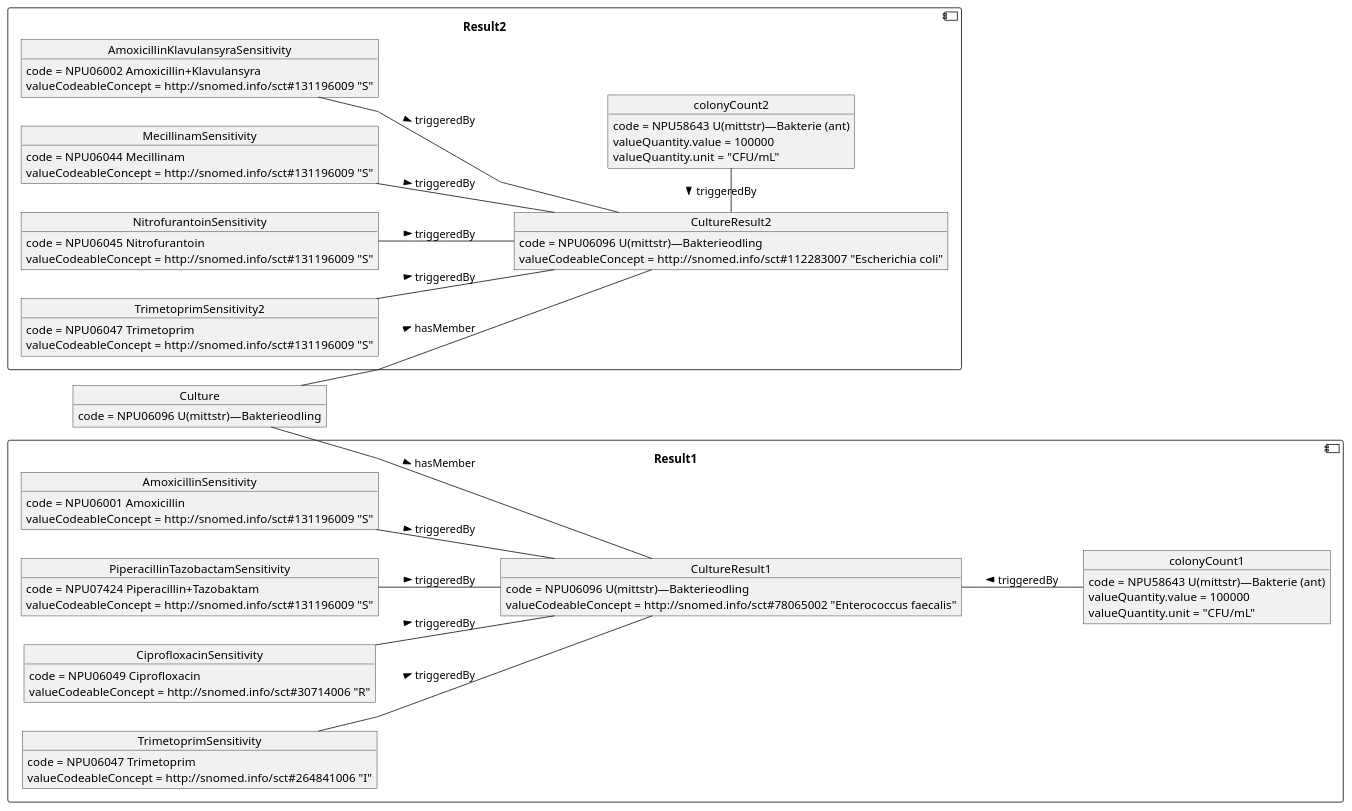
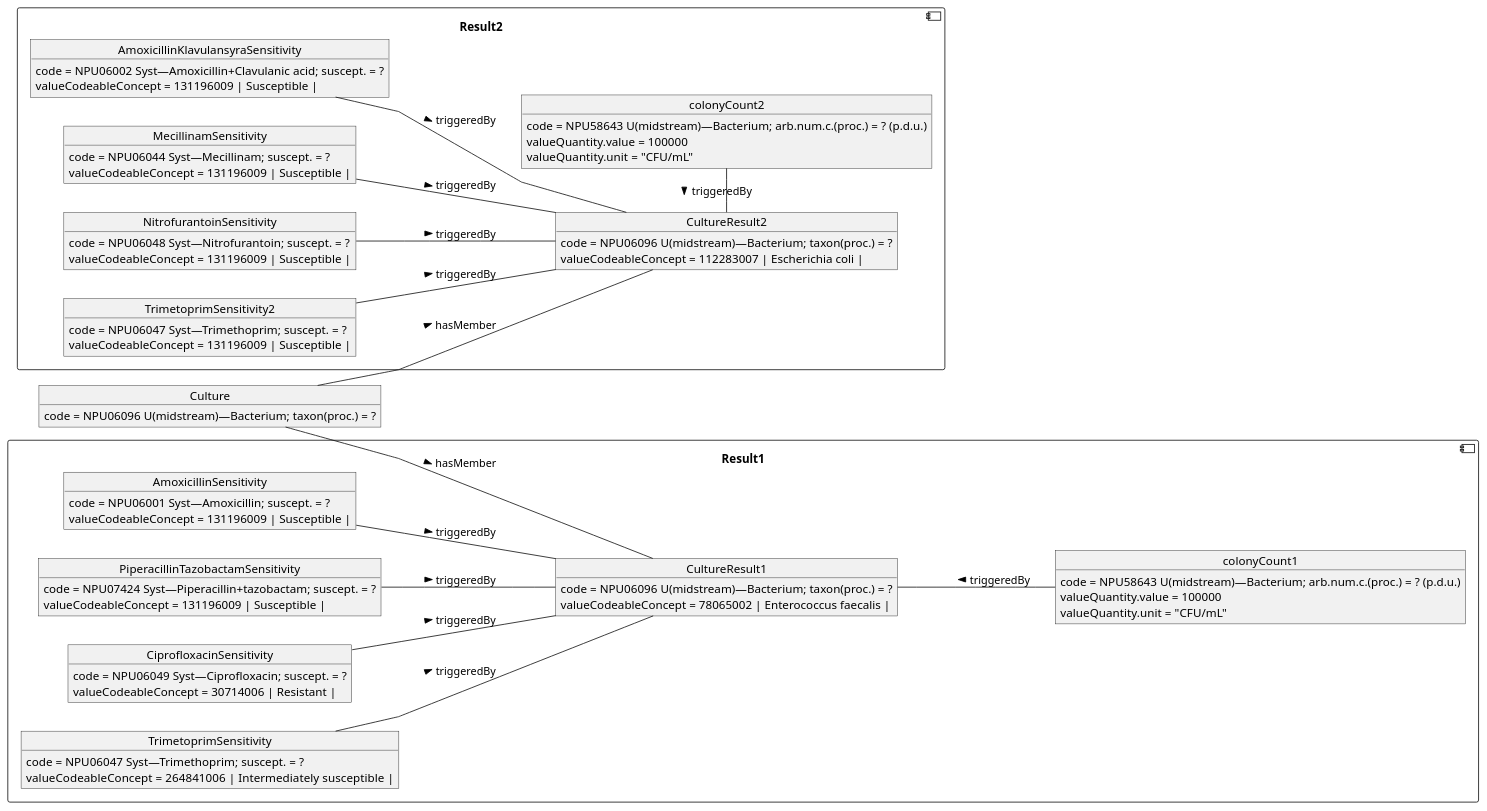
One commit to danka74/hl7-eu-microbiology-experiment changed the diagram in input/images-source/bundle.plantuml. Above: the diagram before and after it, drawn with PlantUML.

Commit message:
updated display names

```diff
--- a/input/images-source/bundle.plantuml
+++ b/input/images-source/bundle.plantuml
@@ -1,102 +1,102 @@
 @startuml
 skinparam linetype polyline
 hide circle
 hide stereotype
 hide methods
 left to right direction
 
 
 
 component Result1 {
 
 object CultureResult1 {
-    code = NPU06096 U(mittstr)—Bakterieodling
-    valueCodeableConcept = http://snomed.info/sct#78065002 "Enterococcus faecalis"
+    code = NPU06096 U(midstream)—Bacterium; taxon(proc.) = ?
+    valueCodeableConcept = 78065002 | Enterococcus faecalis |
 }
 
 object colonyCount1 {
-    code = NPU58643 U(mittstr)—Bakterie (ant)
+    code = NPU58643 U(midstream)—Bacterium; arb.num.c.(proc.) = ? (p.d.u.)
     valueQuantity.value = 100000
     valueQuantity.unit = "CFU/mL"
 }
 CultureResult1 -- colonyCount1 : triggeredBy <
 
 object AmoxicillinSensitivity {
-    code = NPU06001 Amoxicillin
-    valueCodeableConcept = http://snomed.info/sct#131196009 "S"
+    code = NPU06001 Syst—Amoxicillin; suscept. = ?
+    valueCodeableConcept = 131196009 | Susceptible |
 }
 
 AmoxicillinSensitivity -- CultureResult1 : triggeredBy >
 
 object PiperacillinTazobactamSensitivity {
-    code = NPU07424 Piperacillin+Tazobaktam
-    valueCodeableConcept = http://snomed.info/sct#131196009 "S"
+    code = NPU07424 Syst—Piperacillin+tazobactam; suscept. = ?
+    valueCodeableConcept = 131196009 | Susceptible |
 }
 
 PiperacillinTazobactamSensitivity -- CultureResult1 : triggeredBy >
 
 object CiprofloxacinSensitivity {
-    code = NPU06049 Ciprofloxacin
-    valueCodeableConcept = http://snomed.info/sct#30714006 "R"
+    code = NPU06049 Syst—Ciprofloxacin; suscept. = ?
+    valueCodeableConcept = 30714006 | Resistant |
 }
 
 CiprofloxacinSensitivity -- CultureResult1 : triggeredBy >
 
 object TrimetoprimSensitivity {
-    code = NPU06047 Trimetoprim
-    valueCodeableConcept = http://snomed.info/sct#264841006 "I"
+    code = NPU06047 Syst—Trimethoprim; suscept. = ?
+    valueCodeableConcept = 264841006 |  Intermediately susceptible |
 }
 
 TrimetoprimSensitivity -- CultureResult1 : triggeredBy >
 }
 
 
 component Result2 {
 
 object CultureResult2 {
-    code = NPU06096 U(mittstr)—Bakterieodling
-    valueCodeableConcept = http://snomed.info/sct#112283007 "Escherichia coli"
+    code = NPU06096 U(midstream)—Bacterium; taxon(proc.) = ?
+    valueCodeableConcept = 112283007 | Escherichia coli |
 }
 
 object colonyCount2 {
-    code = NPU58643 U(mittstr)—Bakterie (ant)
+    code = NPU58643 U(midstream)—Bacterium; arb.num.c.(proc.) = ? (p.d.u.)
     valueQuantity.value = 100000
     valueQuantity.unit = "CFU/mL"
 }
 
 CultureResult2 - colonyCount2 : triggeredBy <
 
 
 object AmoxicillinKlavulansyraSensitivity {
-    code = NPU06002 Amoxicillin+Klavulansyra
-    valueCodeableConcept = http://snomed.info/sct#131196009 "S"
+    code = NPU06002 Syst—Amoxicillin+Clavulanic acid; suscept. = ?
+    valueCodeableConcept = 131196009 | Susceptible |
 }
 
 AmoxicillinKlavulansyraSensitivity -- CultureResult2 : triggeredBy >
 
 object MecillinamSensitivity {
-    code = NPU06044 Mecillinam
-    valueCodeableConcept = http://snomed.info/sct#131196009 "S"
+    code = NPU06044 Syst—Mecillinam; suscept. = ?
+    valueCodeableConcept = 131196009 | Susceptible |
 }
 MecillinamSensitivity -- CultureResult2 : triggeredBy >
 
 object NitrofurantoinSensitivity {
-    code = NPU06045 Nitrofurantoin 
-    valueCodeableConcept = http://snomed.info/sct#131196009 "S"
+    code = NPU06048 Syst—Nitrofurantoin; suscept. = ? 
+    valueCodeableConcept = 131196009 | Susceptible |
 }
 NitrofurantoinSensitivity -- CultureResult2 : triggeredBy >
 
 object TrimetoprimSensitivity2 {
-    code = NPU06047 Trimetoprim
-    valueCodeableConcept = http://snomed.info/sct#131196009 "S"
+    code = NPU06047 Syst—Trimethoprim; suscept. = ?
+    valueCodeableConcept = 131196009 | Susceptible |
 }
 TrimetoprimSensitivity2 -- CultureResult2 : triggeredBy >
 }
 
 object Culture {
-    code = NPU06096 U(mittstr)—Bakterieodling
+    code = NPU06096 U(midstream)—Bacterium; taxon(proc.) = ?
 }
 Culture -- CultureResult1 : hasMember >
 Culture -- CultureResult2 : hasMember >
 
 @enduml
```
